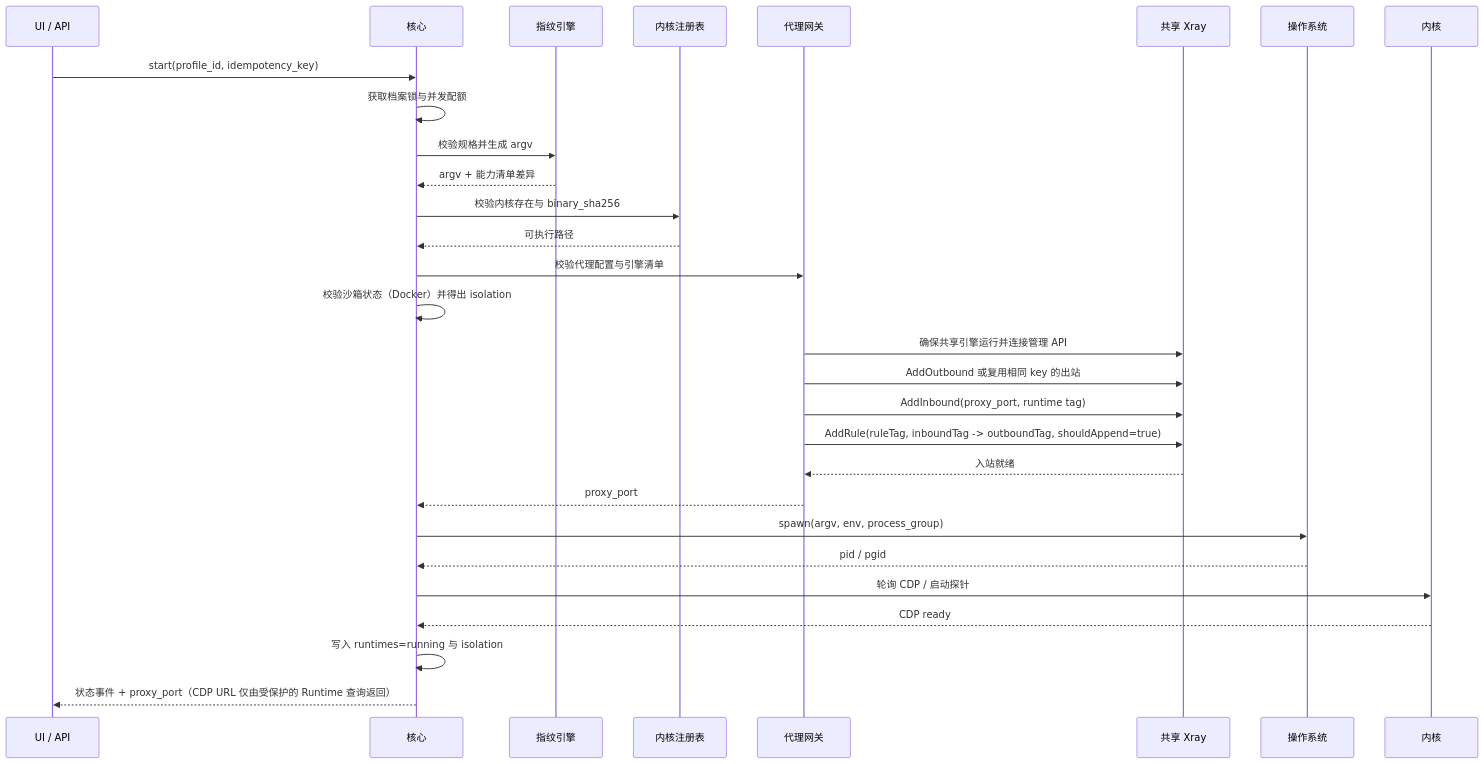
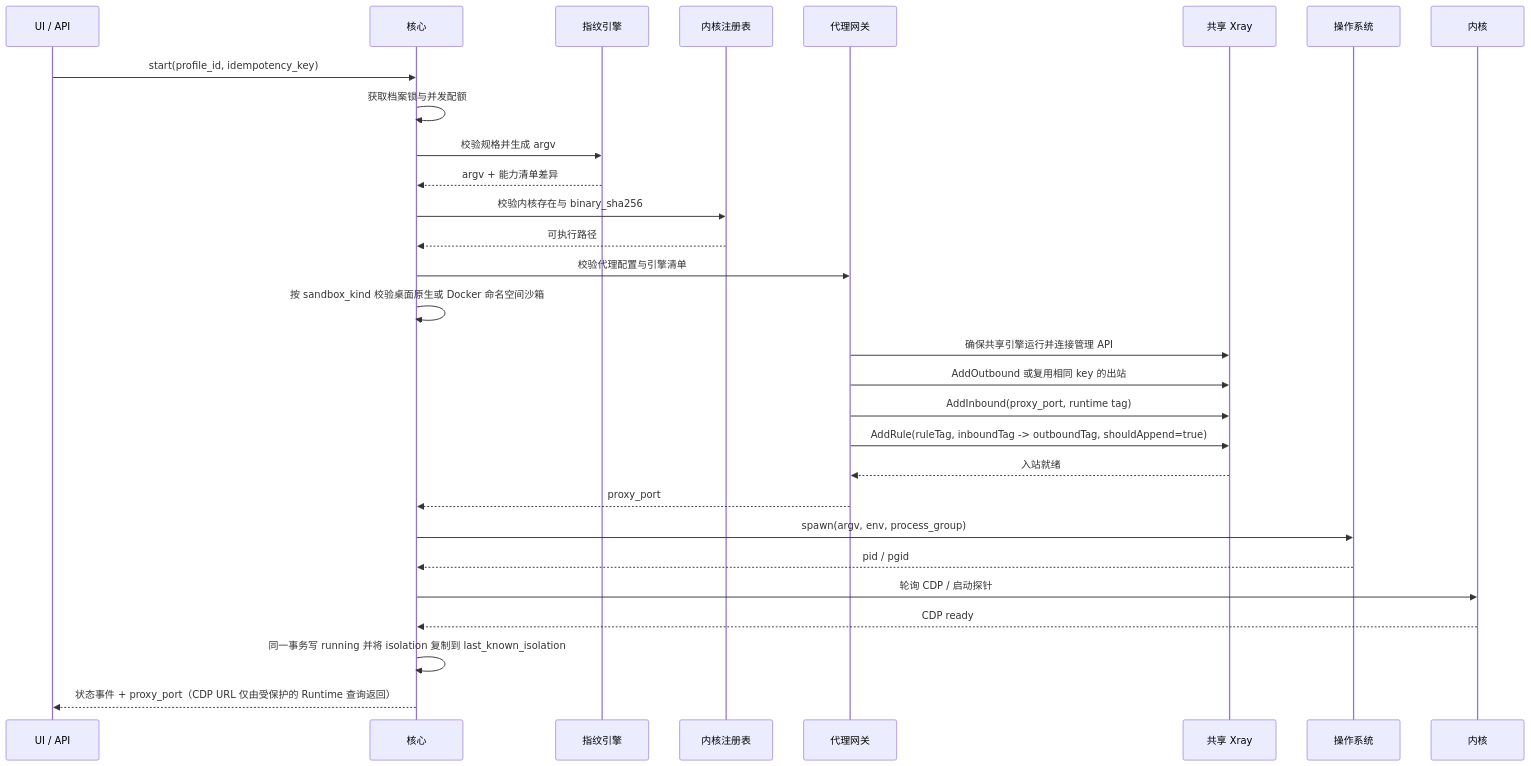
Before and after one commit to IvanLi-CN/mien: the fifth of 8 diagrams in docs/ARCHITECTURE.md, drawn with Mermaid. The commit also changed other lines of this file and 41 other files, not shown here.

````diff
--- a/docs/ARCHITECTURE.md
+++ b/docs/ARCHITECTURE.md
@@ -224,32 +224,32 @@
 ```mermaid
 sequenceDiagram
   participant UI as UI / API
   participant Core as 核心
   participant FP as 指纹引擎
   participant KS as 内核注册表
   participant GW as 代理网关
   participant PE as 共享 Xray
   participant OS as 操作系统
   participant K as 内核
 
   UI->>Core: start(profile_id, idempotency_key)
   Core->>Core: 获取档案锁与并发配额
   Core->>FP: 校验规格并生成 argv
   FP-->>Core: argv + 能力清单差异
   Core->>KS: 校验内核存在与 binary_sha256
   KS-->>Core: 可执行路径
   Core->>GW: 校验代理配置与引擎清单
-  Core->>Core: 校验沙箱状态（Docker）并得出 isolation
+  Core->>Core: 按 sandbox_kind 校验桌面原生或 Docker 命名空间沙箱
   GW->>PE: 确保共享引擎运行并连接管理 API
   GW->>PE: AddOutbound 或复用相同 key 的出站
   GW->>PE: AddInbound(proxy_port, runtime tag)
   GW->>PE: AddRule(ruleTag, inboundTag -> outboundTag, shouldAppend=true)
   PE-->>GW: 入站就绪
   GW-->>Core: proxy_port
   Core->>OS: spawn(argv, env, process_group)
   OS-->>Core: pid / pgid
   Core->>K: 轮询 CDP / 启动探针
   K-->>Core: CDP ready
-  Core->>Core: 写入 runtimes=running 与 isolation
+  Core->>Core: 同一事务写 running 并将 isolation 复制到 last_known_isolation
   Core-->>UI: 状态事件 + proxy_port（CDP URL 仅由受保护的 Runtime 查询返回）
 ```
````
